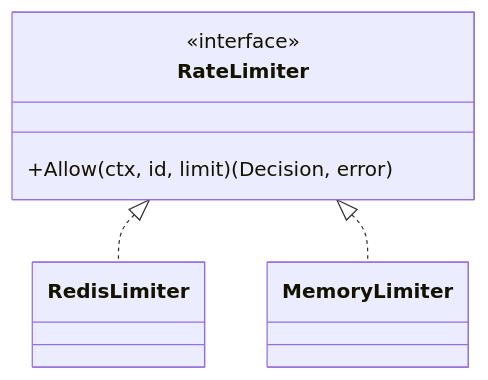
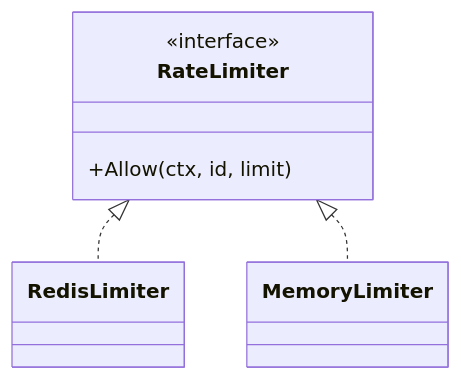
Before and after one commit to manenim/gateway-rate-limiter: the first of 6 diagrams in README.md, drawn with Mermaid. The commit also changed other lines of this file and 3 other files, not shown here.

````diff
--- a/README.md
+++ b/README.md
@@ -100,12 +101,12 @@
 ```mermaid
 classDiagram
     class RateLimiter {
         <<interface>>
-        +Allow(ctx, id, limit) (Decision, error)
+        +Allow(ctx, id, limit)
     }
     class RedisLimiter
     class MemoryLimiter
 
     RateLimiter <|.. RedisLimiter
     RateLimiter <|.. MemoryLimiter
 ```
````
